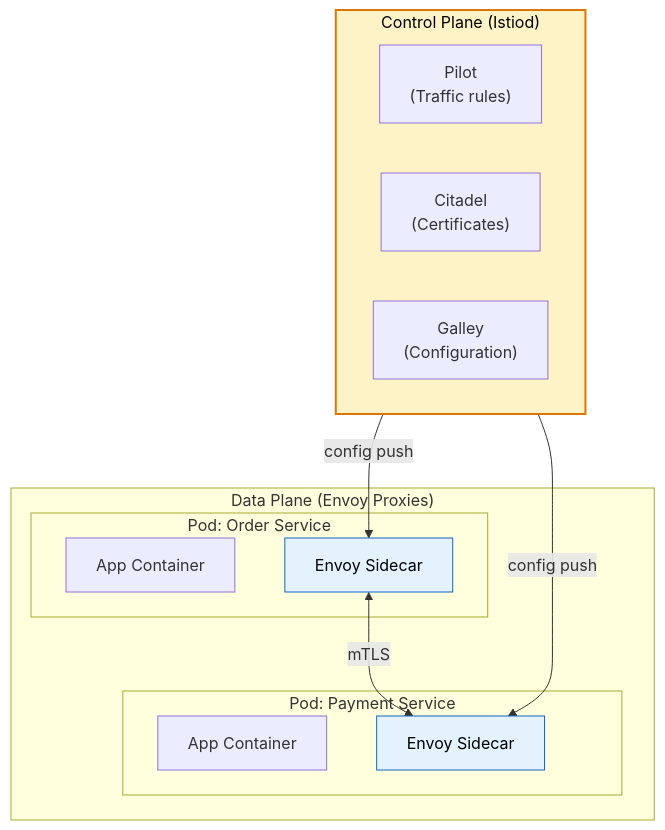
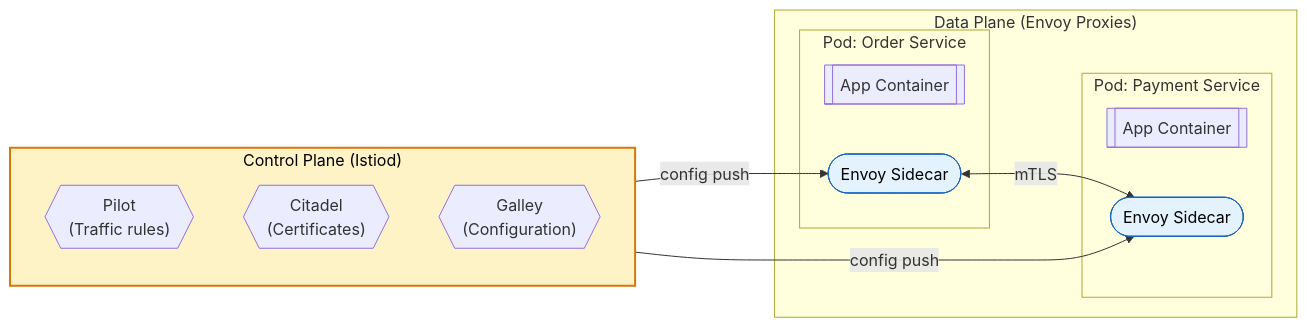
The second of 2 diagrams in docs/microservices/service-mesh.md (saivamsikaruturi/vamsilabs-dev-notes-main), drawn with Mermaid before and after one commit. The commit also changed other lines of this file and 146 other files, not shown here.

Commit message:
Horizontal diagrams, UML class diagrams, typography overhaul, and permalink cleanup

````diff
--- a/docs/microservices/service-mesh.md
+++ b/docs/microservices/service-mesh.md
@@ -35,27 +35,27 @@
 ```mermaid
-flowchart TD
+flowchart LR
     subgraph CP["Control Plane (Istiod)"]
-        Pilot["Pilot<br/>(Traffic rules)"]
-        Citadel["Citadel<br/>(Certificates)"]
-        Galley["Galley<br/>(Configuration)"]
+        Pilot{{"Pilot<br/>(Traffic rules)"}}
+        Citadel{{"Citadel<br/>(Certificates)"}}
+        Galley{{"Galley<br/>(Configuration)"}}
     end
     
     subgraph DP["Data Plane (Envoy Proxies)"]
         subgraph Pod1["Pod: Order Service"]
-            S1["App Container"]
-            E1["Envoy Sidecar"]
+            S1[["App Container"]]
+            E1(["Envoy Sidecar"])
         end
         subgraph Pod2["Pod: Payment Service"]
-            S2["App Container"]
-            E2["Envoy Sidecar"]
+            S2[["App Container"]]
+            E2(["Envoy Sidecar"])
         end
     end
 
     CP -->|"config push"| E1
     CP -->|"config push"| E2
     E1 <-->|"mTLS"| E2
 
     style CP fill:#FEF3C7,stroke:#D97706,stroke-width:2px,color:#000
     style E1 fill:#E3F2FD,stroke:#1565C0,color:#000
     style E2 fill:#E3F2FD,stroke:#1565C0,color:#000
 ```
````
